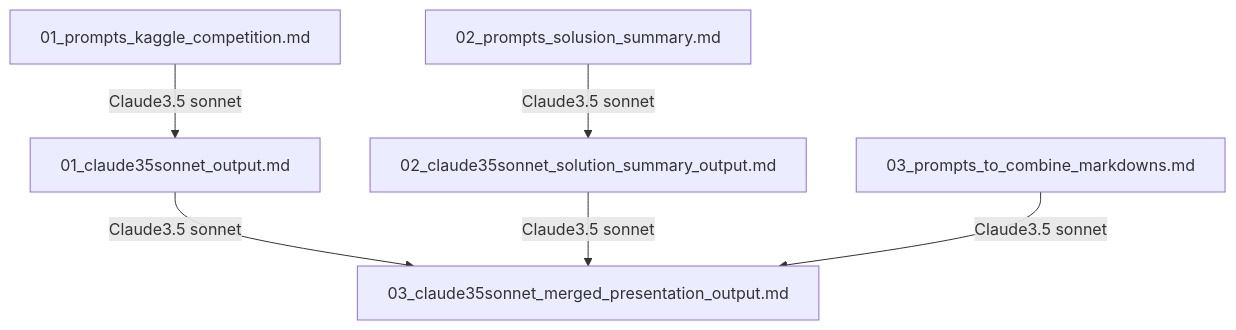
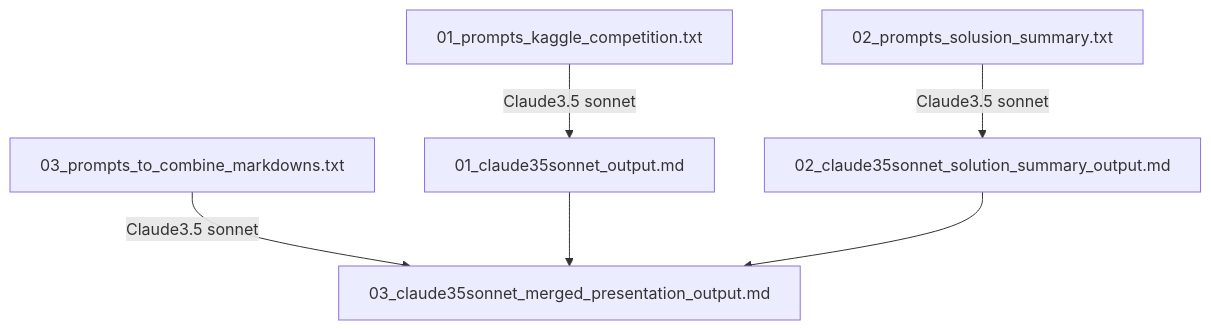
One commit to Masaaaato/LLM-Pandoc-PPTX changed the diagram in README.md. Above: the diagram before and after it, drawn with Mermaid.

````diff
--- a/README.md
+++ b/README.md
@@ -6,9 +6,8 @@
 ```mermaid
 graph TD
-    A[01_prompts_kaggle_competition.md] -->|Claude3.5 sonnet| B[01_claude35sonnet_output.md]
-    C[02_prompts_solusion_summary.md] -->|Claude3.5 sonnet| D[02_claude35sonnet_solution_summary_output.md]
-    E[03_prompts_to_combine_markdowns.md]
-    B -->|Claude3.5 sonnet| F[03_claude35sonnet_merged_presentation_output.md]
-    D -->|Claude3.5 sonnet| F[03_claude35sonnet_merged_presentation_output.md]
-    E -->|Claude3.5 sonnet| F[03_claude35sonnet_merged_presentation_output.md]
+    A[01_prompts_kaggle_competition.txt] -->|Claude3.5 sonnet| B[01_claude35sonnet_output.md]
+    C[02_prompts_solusion_summary.txt] -->|Claude3.5 sonnet| D[02_claude35sonnet_solution_summary_output.md]
+    E[03_prompts_to_combine_markdowns.txt] -->|Claude3.5 sonnet| F[03_claude35sonnet_merged_presentation_output.md]
+    B --> F
+    D --> F
 ```
````
